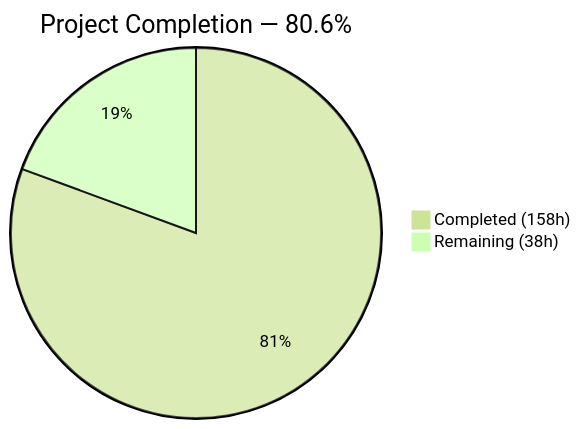
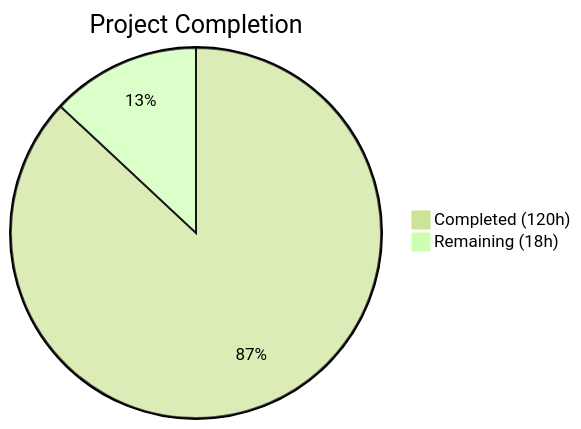
The first of 2 diagrams in blitzy/documentation/Project Guide.md (Blitzy-Sandbox/blitzy-formbricks), drawn with Mermaid (forest theme) before and after one commit. The commit also changed other lines of this file, not shown here.

Commit message:
Adding Blitzy Project Guide: Project Status and Human Tasks Remaining

````diff
--- a/blitzy/documentation/Project Guide.md
+++ b/blitzy/documentation/Project Guide.md
@@ -13,5 +13,5 @@
 ```mermaid
-pie title Project Completion — 80.6%
-    "Completed (158h)" : 158
-    "Remaining (38h)" : 38
+pie title Project Completion
+    "Completed (120h)" : 120
+    "Remaining (18h)" : 18
 ```
````
